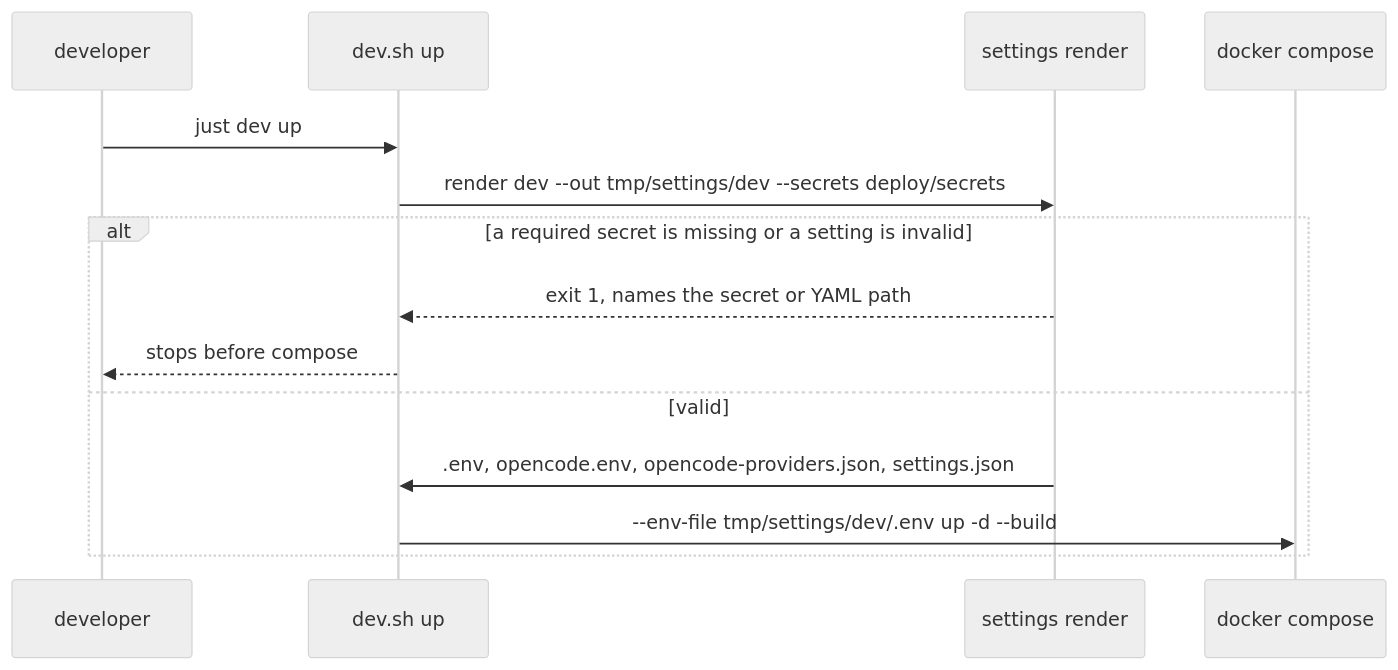
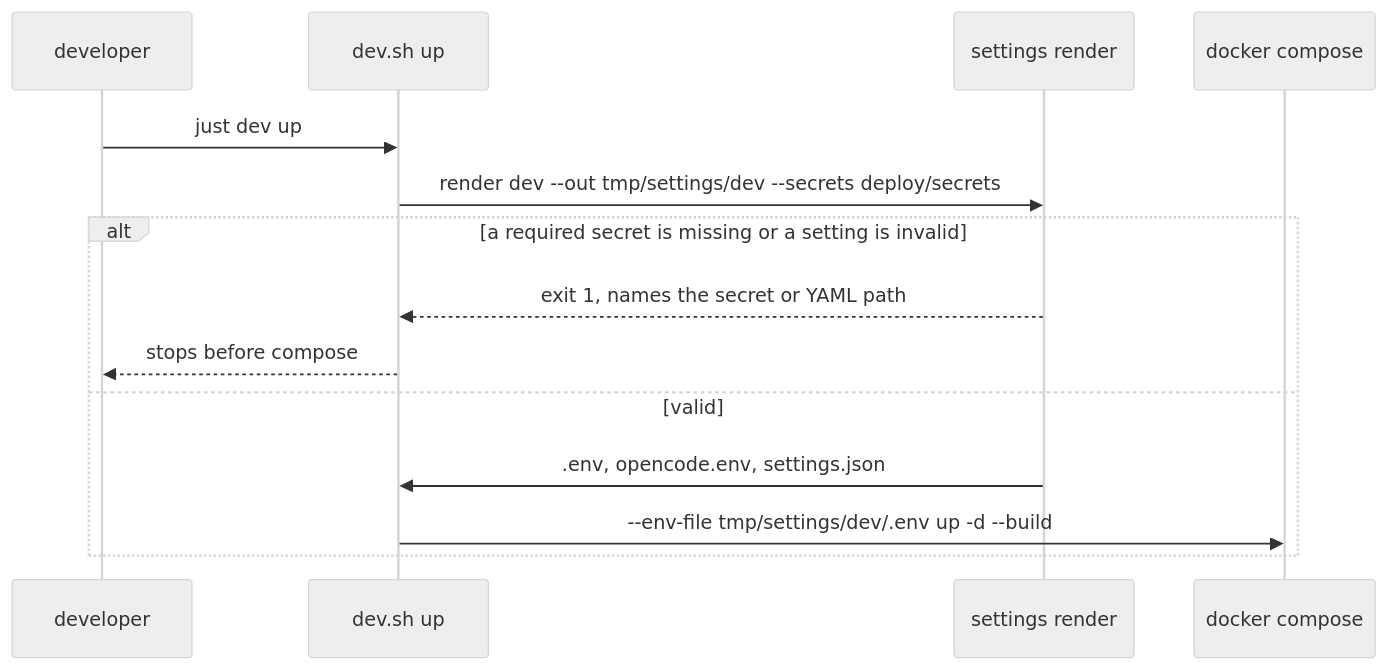
Before and after one commit to tillg/karpathy.app: the second of 3 diagrams in specs/changes/central-settings-yaml/architecture.md, drawn with Mermaid (neutral theme). The commit also changed other lines of this file and 17 other files, not shown here.

First line of the commit message:
central-settings-yaml: review fixes — providers via OPENCODE_CONFIG_CONTENT so a vault can't override ZDR

````diff
--- a/specs/changes/central-settings-yaml/architecture.md
+++ b/specs/changes/central-settings-yaml/architecture.md
@@ -222,16 +221,16 @@
 ```mermaid
 sequenceDiagram
   participant U as developer
   participant D as dev.sh up
   participant R as settings render
   participant C as docker compose
   U->>D: just dev up
   D->>R: render dev --out tmp/settings/dev --secrets deploy/secrets
   alt a required secret is missing or a setting is invalid
     R-->>D: exit 1, names the secret or YAML path
     D-->>U: stops before compose
   else valid
-    R->>D: .env, opencode.env, opencode-providers.json, settings.json
+    R->>D: .env, opencode.env, settings.json
     D->>C: --env-file tmp/settings/dev/.env up -d --build
   end
 ```
````
